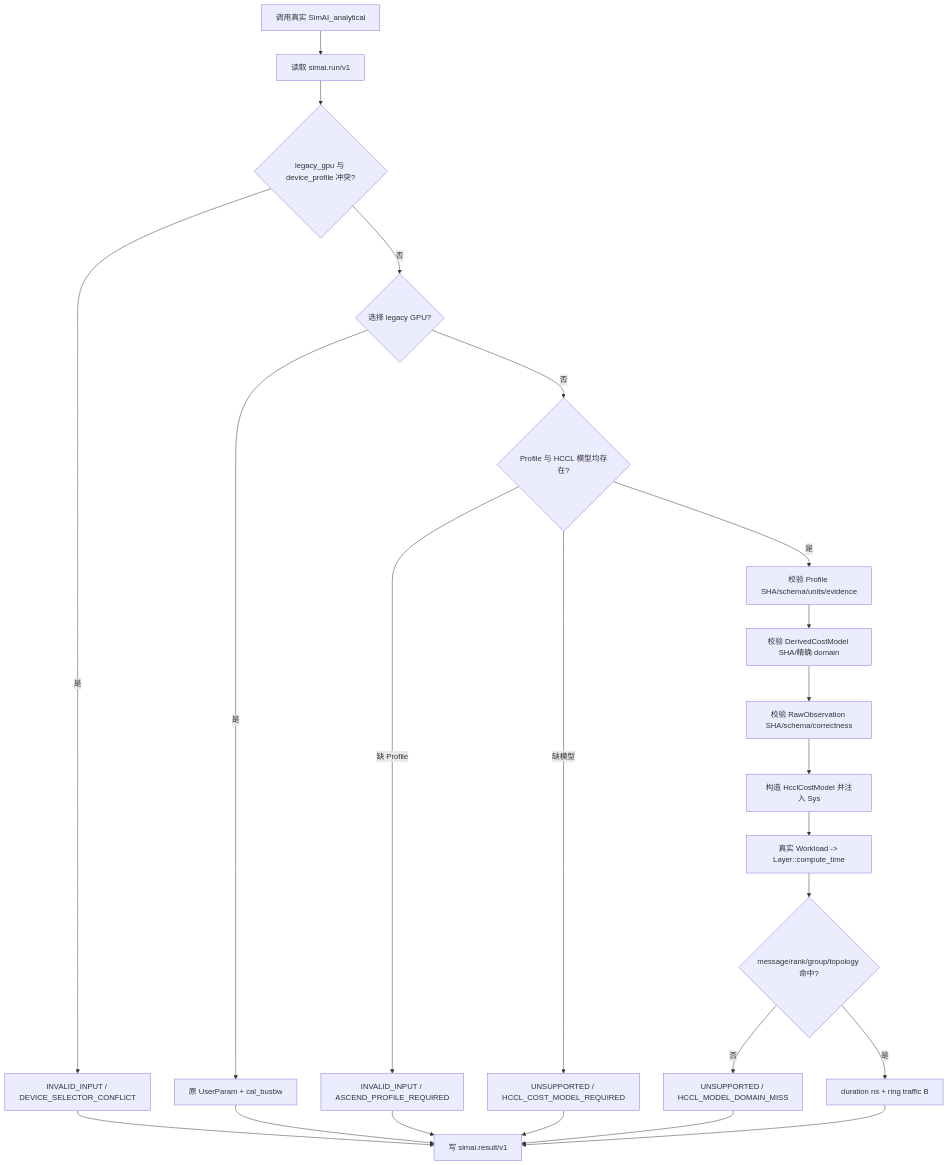
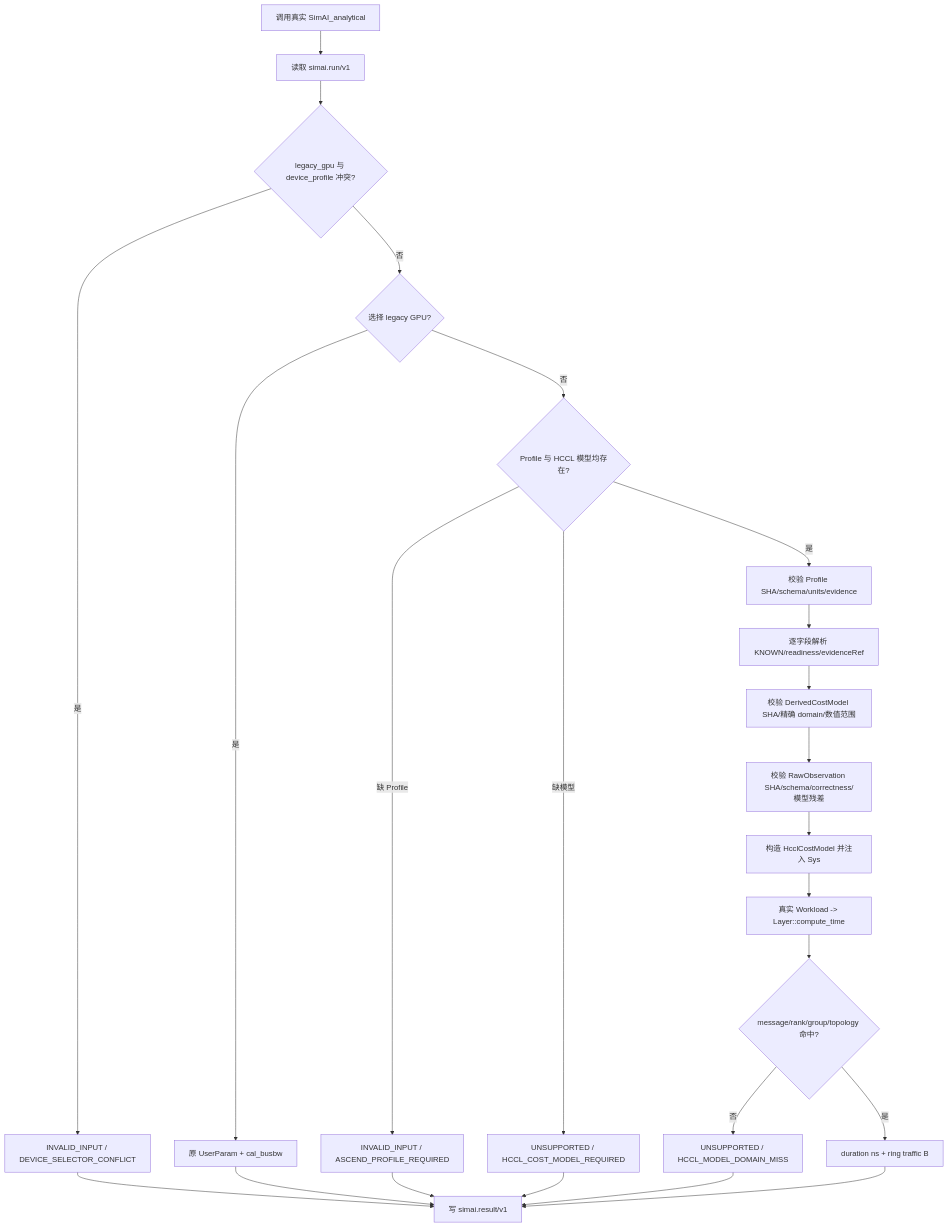
The first of 2 diagrams in docs/design/issue-17-design.md (Kirrito-k423/SimAI-Ascend), drawn with Mermaid before and after one commit. The commit also changed other lines of this file and 11 other files, not shown here.

````diff
--- a/docs/design/issue-17-design.md
+++ b/docs/design/issue-17-design.md
@@ -46,25 +46,26 @@
 ```mermaid
 flowchart TD
     A["调用真实 SimAI_analytical"] --> B["读取 simai.run/v1"]
     B --> C{"legacy_gpu 与 device_profile 冲突?"}
     C -- "是" --> C1["INVALID_INPUT / DEVICE_SELECTOR_CONFLICT"]
     C -- "否" --> D{"选择 legacy GPU?"}
     D -- "是" --> E["原 UserParam + cal_busbw"]
     D -- "否" --> F{"Profile 与 HCCL 模型均存在?"}
     F -- "缺 Profile" --> F1["INVALID_INPUT / ASCEND_PROFILE_REQUIRED"]
     F -- "缺模型" --> F2["UNSUPPORTED / HCCL_COST_MODEL_REQUIRED"]
     F -- "是" --> G["校验 Profile SHA/schema/units/evidence"]
-    G --> H["校验 DerivedCostModel SHA/精确 domain"]
-    H --> I["校验 RawObservation SHA/schema/correctness"]
+    G --> G1["逐字段解析 KNOWN/readiness/evidenceRef"]
+    G1 --> H["校验 DerivedCostModel SHA/精确 domain/数值范围"]
+    H --> I["校验 RawObservation SHA/schema/correctness/模型残差"]
     I --> J["构造 HcclCostModel 并注入 Sys"]
     J --> K["真实 Workload -> Layer::compute_time"]
     K --> L{"message/rank/group/topology 命中?"}
     L -- "否" --> L1["UNSUPPORTED / HCCL_MODEL_DOMAIN_MISS"]
     L -- "是" --> M["duration ns + ring traffic B"]
     E --> N["写 simai.result/v1"]
     M --> N
     C1 --> N
     F1 --> N
     F2 --> N
     L1 --> N
 ```
````
